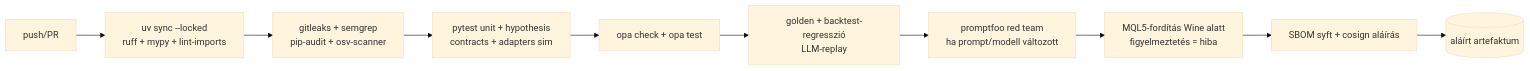
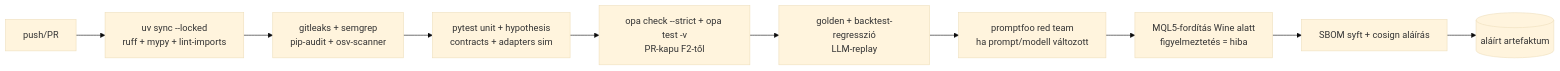
Before and after one commit to scspg/Personal: the ninth of 10 diagrams in algotrading-archivum/FEJLESZTOI-SPEC.md, drawn with Mermaid (base theme). The commit also changed other lines of this file and 20 other files, not shown here.

````diff
--- a/algotrading-archivum/FEJLESZTOI-SPEC.md
+++ b/algotrading-archivum/FEJLESZTOI-SPEC.md
@@ -1919,12 +1931,12 @@
 ```mermaid
 flowchart LR
   P[push/PR] --> L[uv sync --locked<br/>ruff + mypy + lint-imports]
   L --> SEC[gitleaks + semgrep<br/>pip-audit + osv-scanner]
   SEC --> UT[pytest unit + hypothesis<br/>contracts + adapters sim]
-  UT --> POL[opa check + opa test]
+  UT --> POL[opa check --strict + opa test -v<br/>PR-kapu F2-től]
   POL --> GD[golden + backtest-regresszió<br/>LLM-replay]
   GD --> RT[promptfoo red team<br/>ha prompt/modell változott]
   RT --> MQ[MQL5-fordítás Wine alatt<br/>figyelmeztetés = hiba]
   MQ --> SB[SBOM syft + cosign aláírás]
   SB --> ART[(aláírt artefaktum)]
 ```
````
